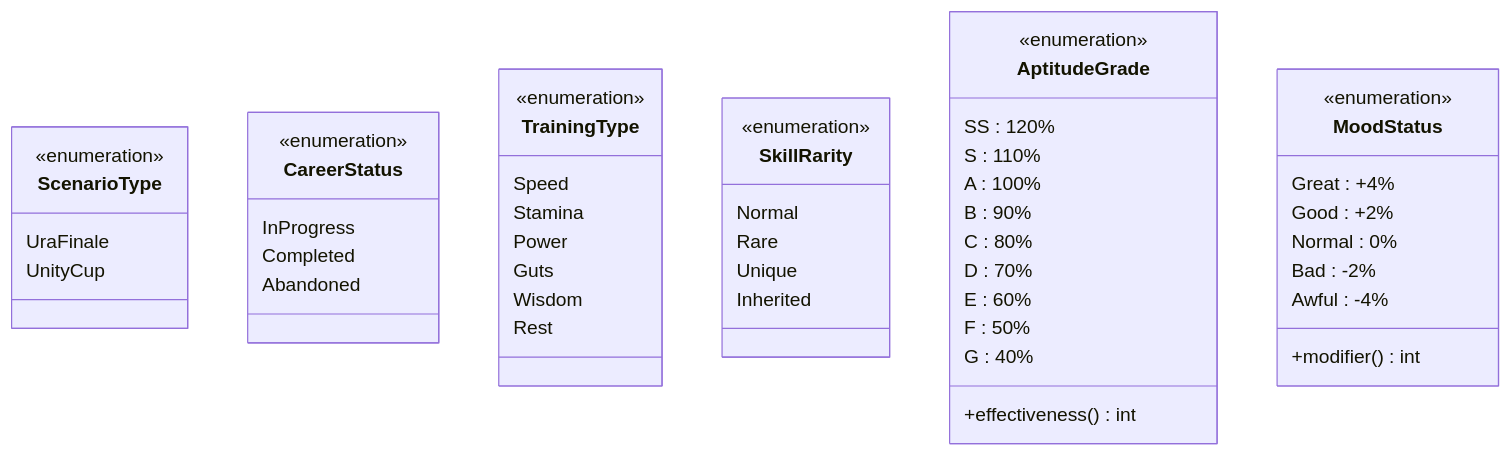
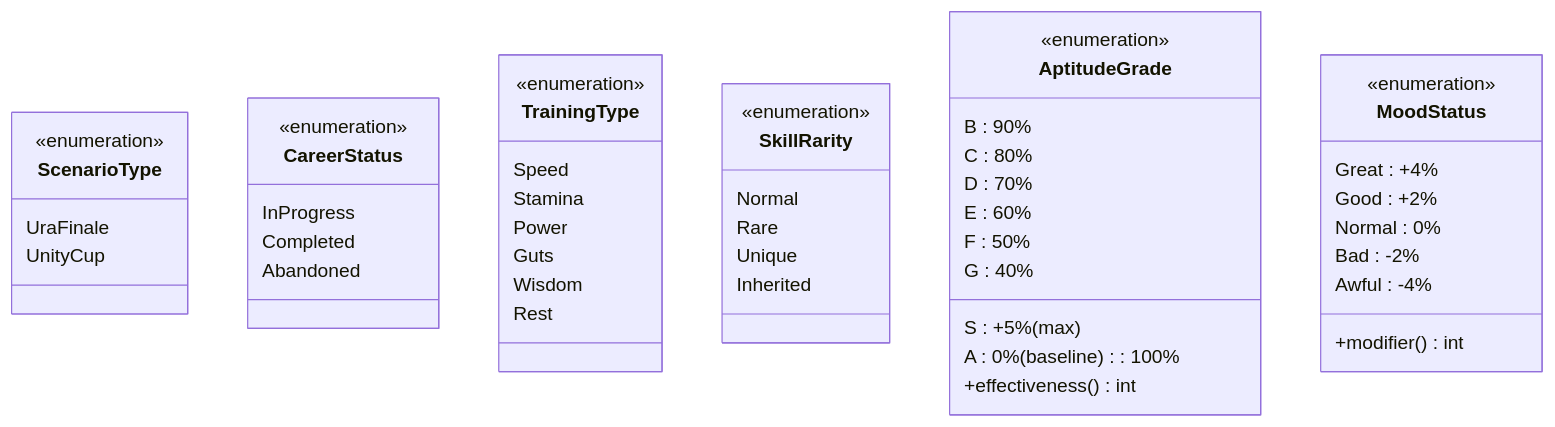
One commit to exatfrds67/umamusume-career-planner changed the fourth of 12 diagrams in docs/00-core-docs/010_SCD_Source_Code_Documentation.md. Above: the diagram before and after it, drawn with Mermaid. The commit also changed other lines of this file and 313 other files, not shown here.

````diff
--- a/docs/00-core-docs/010_SCD_Source_Code_Documentation.md
+++ b/docs/00-core-docs/010_SCD_Source_Code_Documentation.md
@@ -234,57 +234,56 @@
 ```mermaid
 classDiagram
     class ScenarioType {
         <<enumeration>>
         UraFinale
         UnityCup
     }
     
     class CareerStatus {
         <<enumeration>>
         InProgress
         Completed
         Abandoned
     }
     
     class TrainingType {
         <<enumeration>>
         Speed
         Stamina
         Power
         Guts
         Wisdom
         Rest
     }
     
     class SkillRarity {
         <<enumeration>>
         Normal
         Rare
         Unique
         Inherited
     }
     
     class AptitudeGrade {
         <<enumeration>>
-        SS : 120%
-        S : 110%
-        A : 100%
+        S : +5% (max)
+        A : 0% (baseline) : 100%
         B : 90%
         C : 80%
         D : 70%
         E : 60%
         F : 50%
         G : 40%
         +effectiveness() int
     }
     
     class MoodStatus {
         <<enumeration>>
         Great : +4%
         Good : +2%
         Normal : 0%
         Bad : -2%
         Awful : -4%
         +modifier() int
     }
 ```
````
